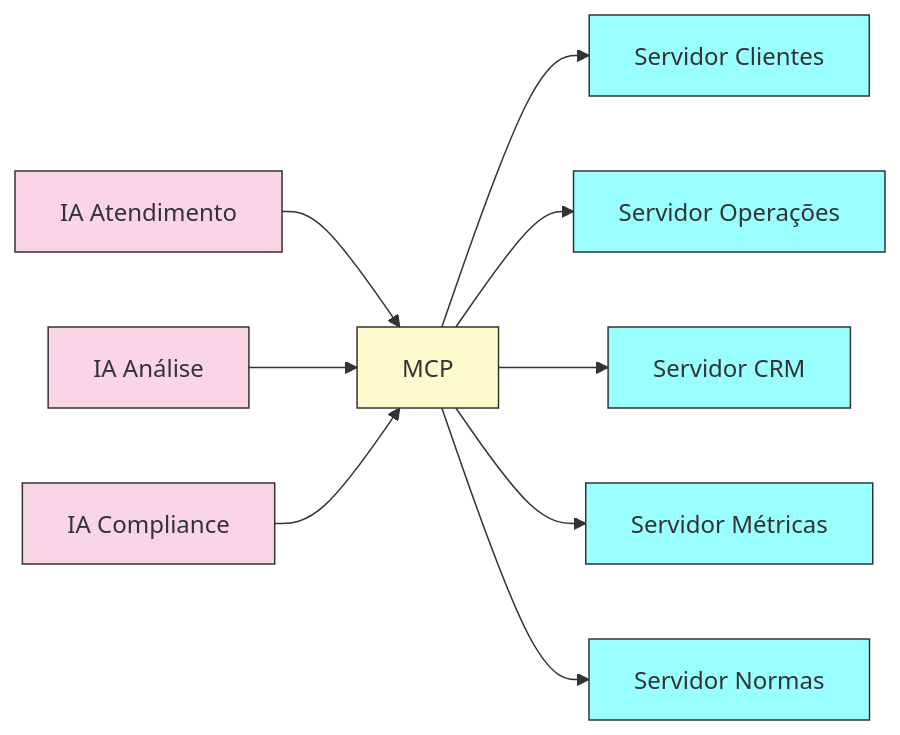
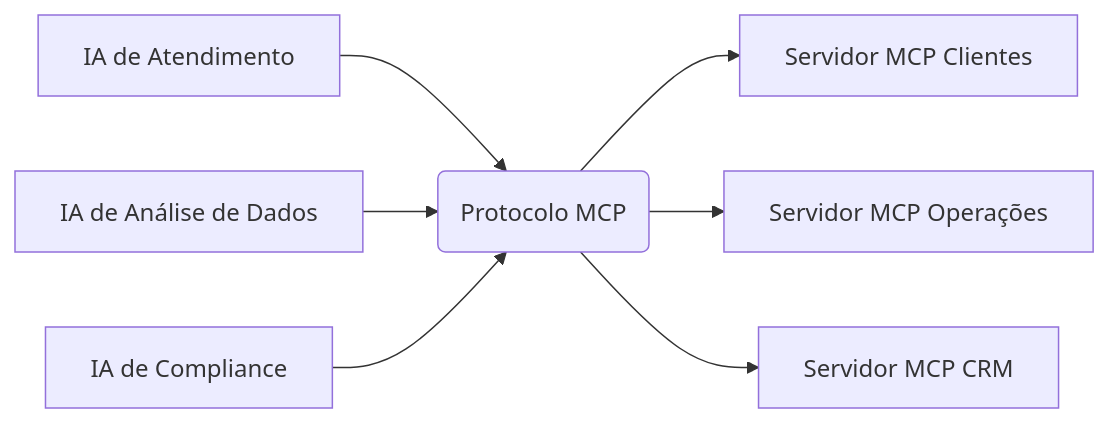
The second of 16 diagrams in AI/Communication/MCP/mcp - presentation.md (felipepimentel/my-public-notes), drawn with Mermaid before and after one commit. The commit also changed other lines of this file, not shown here.

````diff
--- a/AI/Communication/MCP/mcp - presentation.md
+++ b/AI/Communication/MCP/mcp - presentation.md
@@ -103,19 +85,17 @@
 ```mermaid
+
 graph LR
-    IA1[IA Atendimento] --> MCP
-    IA2[IA Análise] --> MCP
-    IA3[IA Compliance] --> MCP
-    MCP --> S1[Servidor Clientes]
-    MCP --> S2[Servidor Operações]
-    MCP --> S3[Servidor CRM]
-    MCP --> S4[Servidor Métricas]
-    MCP --> S5[Servidor Normas]
 
-    classDef ia fill:#f9d5e5,stroke:#333;
-    classDef mcp fill:#fffacd,stroke:#333;
-    classDef servidor fill:#9ff,stroke:#333;
+A1[IA de Atendimento] --> C1(Protocolo MCP)
 
-    class IA1,IA2,IA3 ia;
-    class MCP mcp;
-    class S1,S2,S3,S4,S5 servidor;
+A2[IA de Análise de Dados] --> C1(Protocolo MCP)
+
+A3[IA de Compliance] --> C1(Protocolo MCP)
+
+C1 --> S1[Servidor MCP Clientes]
+
+C1 --> S2[Servidor MCP Operações]
+
+C1 --> S3[Servidor MCP CRM]
+
 ```
````
